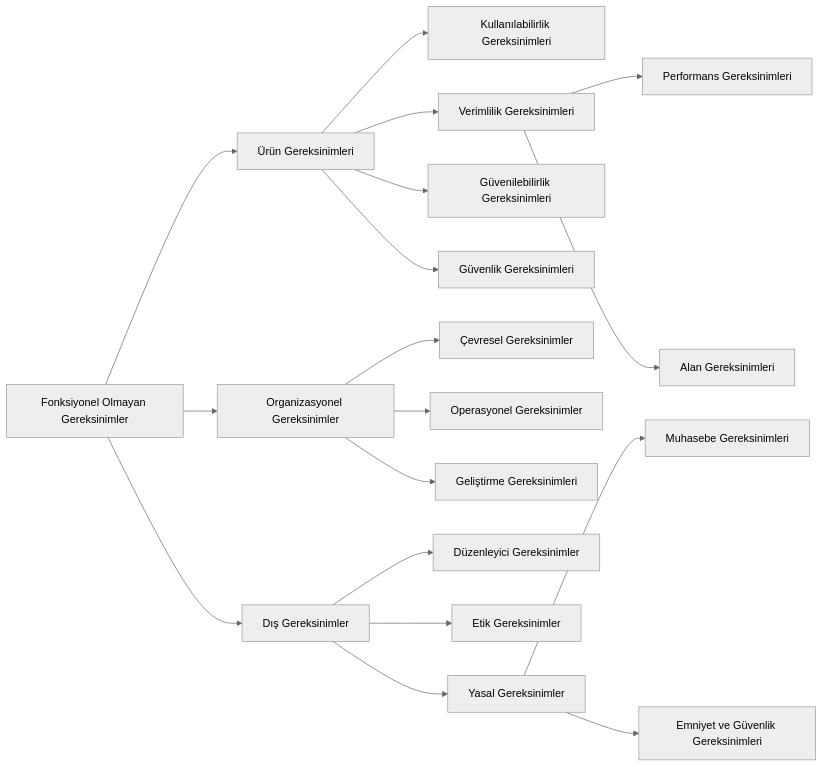
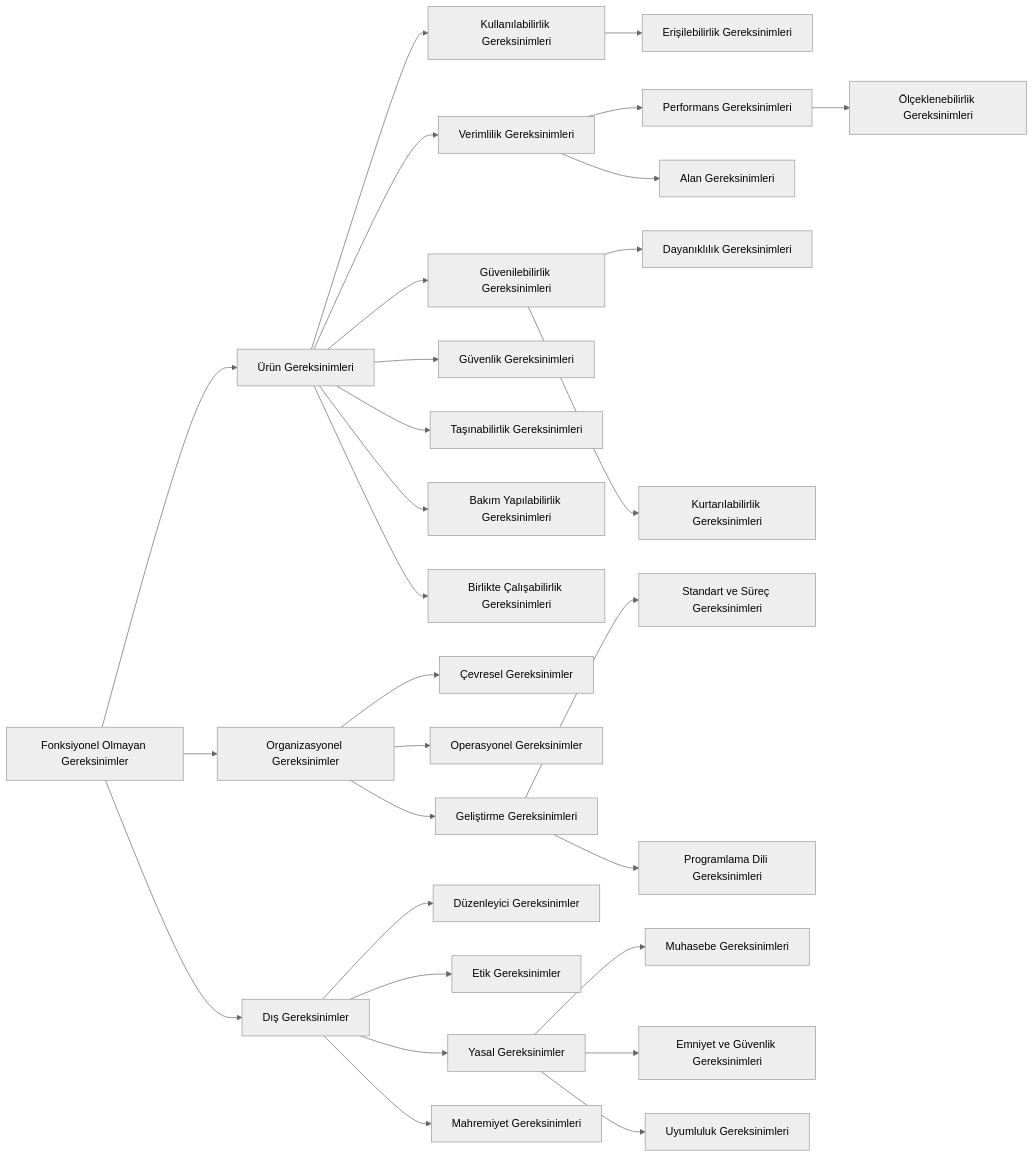
The second of 2 diagrams in _posts/2022-07-11-fonksiyonel-olmayan-yazilim-gereksinimleri.md (Mavrikant/mavrikant.github.io), drawn with Mermaid (neutral theme) before and after one commit. The commit also changed other lines of this file, not shown here.

```diff
--- a/_posts/2022-07-11-fonksiyonel-olmayan-yazilim-gereksinimleri.md
+++ b/_posts/2022-07-11-fonksiyonel-olmayan-yazilim-gereksinimleri.md
@@ -55,23 +55,34 @@
 <div class="mermaid">
 graph LR
     NF[Fonksiyonel Olmayan Gereksinimler] --> UR[Ürün Gereksinimleri]
     NF --> ORG[Organizasyonel Gereksinimler]
     NF --> DIS[Dış Gereksinimler]
 
     UR --> KUL[Kullanılabilirlik Gereksinimleri]
     UR --> VER[Verimlilik Gereksinimleri]
     UR --> GVB[Güvenilebilirlik Gereksinimleri]
     UR --> GUV[Güvenlik Gereksinimleri]
+    UR --> TAS[Taşınabilirlik Gereksinimleri]
+    UR --> BAK[Bakım Yapılabilirlik Gereksinimleri]
+    UR --> BIR[Birlikte Çalışabilirlik Gereksinimleri]
+    KUL --> ERS[Erişilebilirlik Gereksinimleri]
     VER --> PERF[Performans Gereksinimleri]
     VER --> ALAN[Alan Gereksinimleri]
+    PERF --> OLC[Ölçeklenebilirlik Gereksinimleri]
+    GVB --> DAY[Dayanıklılık Gereksinimleri]
+    GVB --> KUR[Kurtarılabilirlik Gereksinimleri]
 
     ORG --> CEV[Çevresel Gereksinimler]
     ORG --> OPR[Operasyonel Gereksinimler]
     ORG --> GEL[Geliştirme Gereksinimleri]
+    GEL --> STD[Standart ve Süreç Gereksinimleri]
+    GEL --> DIL[Programlama Dili Gereksinimleri]
 
     DIS --> DUZ[Düzenleyici Gereksinimler]
     DIS --> ETK[Etik Gereksinimler]
     DIS --> YAS[Yasal Gereksinimler]
+    DIS --> MAH[Mahremiyet Gereksinimleri]
     YAS --> MUH[Muhasebe Gereksinimleri]
     YAS --> EMN[Emniyet ve Güvenlik Gereksinimleri]
+    YAS --> UYM[Uyumluluk Gereksinimleri]
 </div>
```
